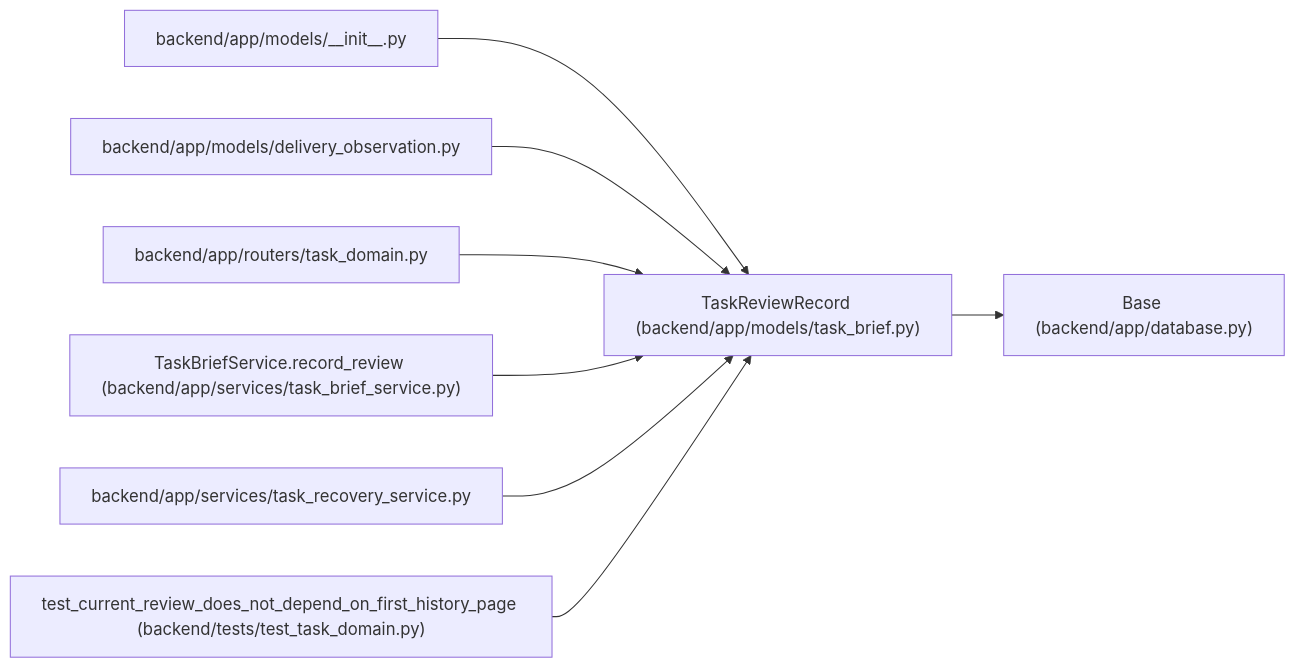
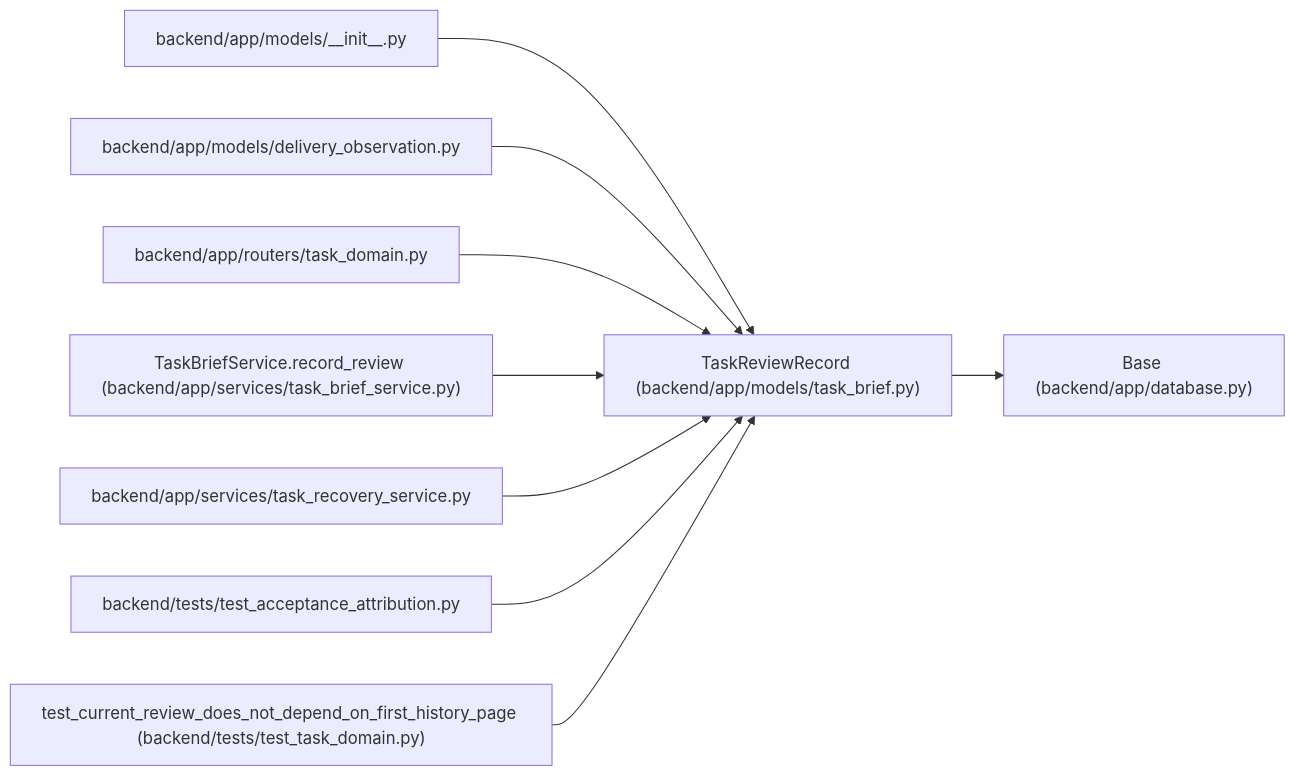
Before and after one commit to Denissvgn/WorkChord: the diagram in docs/llm_wiki/entities/TaskReviewRecord.md, drawn with Mermaid. The commit also changed other lines of this file and 2373 other files, not shown here.

````diff
--- a/docs/llm_wiki/entities/TaskReviewRecord.md
+++ b/docs/llm_wiki/entities/TaskReviewRecord.md
@@ -37,26 +37,29 @@
 ```mermaid
 flowchart LR
     n0["TaskReviewRecord (backend/app/models/task_brief.py)"]
     n1["Base (backend/app/database.py)"]
     n2["backend/app/models/__init__.py"]
     n3["backend/app/models/delivery_observation.py"]
     n4["backend/app/routers/task_domain.py"]
     n5["TaskBriefService.record_review (backend/app/services/task_brief_service.py)"]
     n6["backend/app/services/task_recovery_service.py"]
-    n7["test_current_review_does_not_depend_on_first_history_page (backend/tests/test_task_domain.py)"]
+    n7["backend/tests/test_acceptance_attribution.py"]
+    n8["test_current_review_does_not_depend_on_first_history_page (backend/tests/test_task_domain.py)"]
     n0 --> n1
     n2 --> n0
     n3 --> n0
     n4 --> n0
     n5 --> n0
     n6 --> n0
     n7 --> n0
+    n8 --> n0
     click n0 "../modules/models_task_brief.md"
     click n1 "../modules/app_database.md"
     click n2 "../modules/models___init__.md"
     click n3 "../modules/delivery_observation.md"
     click n4 "../modules/routers_task_domain.md"
     click n5 "../modules/task_brief_service.md"
     click n6 "../modules/task_recovery_service.md"
-    click n7 "../modules/test_task_domain.md"
+    click n7 "../modules/test_acceptance_attribution.md"
+    click n8 "../modules/test_task_domain.md"
 ```
````
